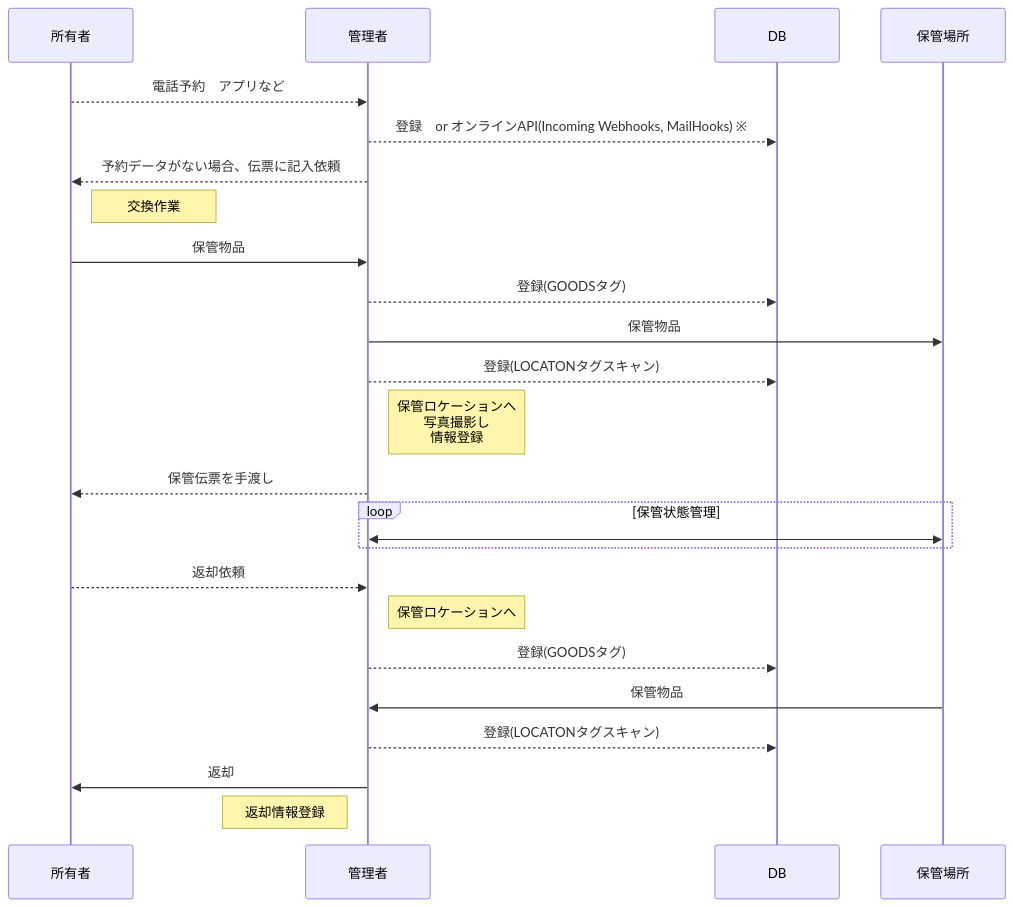
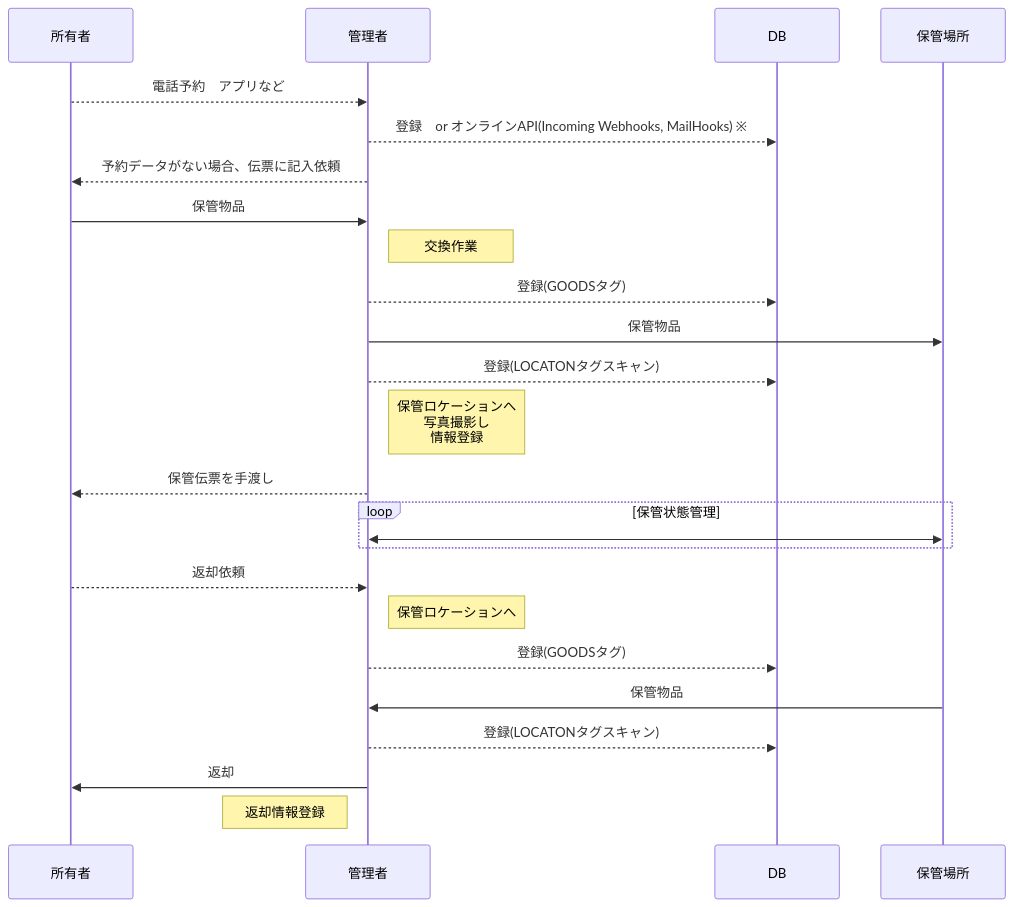
Before and after one commit to piot-jp-Team/goods_storage: the first of 2 diagrams in README.md, drawn with Mermaid.

````diff
--- a/README.md
+++ b/README.md
@@ -11,26 +11,26 @@
 ```mermaid
 sequenceDiagram
     participant 所有者
     participant 管理者
     participant DB
     所有者-->>管理者: 電話予約　アプリなど
     管理者-->>DB: 登録　or オンラインAPI(Incoming Webhooks, MailHooks) ※
     管理者-->>所有者: 予約データがない場合、伝票に記入依頼
-    Note right of 所有者: 交換作業
     所有者->>管理者: 保管物品
+    Note right of 管理者: 交換作業
     管理者-->>DB: 登録(GOODSタグ)
     管理者->>保管場所: 保管物品
     管理者-->>DB: 登録(LOCATONタグスキャン)
     Note right of 管理者: 保管ロケーションへ <br/>写真撮影し <br/>情報登録
     管理者-->>所有者: 保管伝票を手渡し
     loop 保管状態管理
         管理者<<->>保管場所: 
     end
     所有者-->>管理者: 返却依頼
     Note right of 管理者: 保管ロケーションへ
     管理者-->>DB: 登録(GOODSタグ)
     保管場所->>管理者: 保管物品
     管理者-->>DB: 登録(LOCATONタグスキャン)
     管理者->>所有者: 返却
     Note left of 管理者: 返却情報登録
 ```
````
